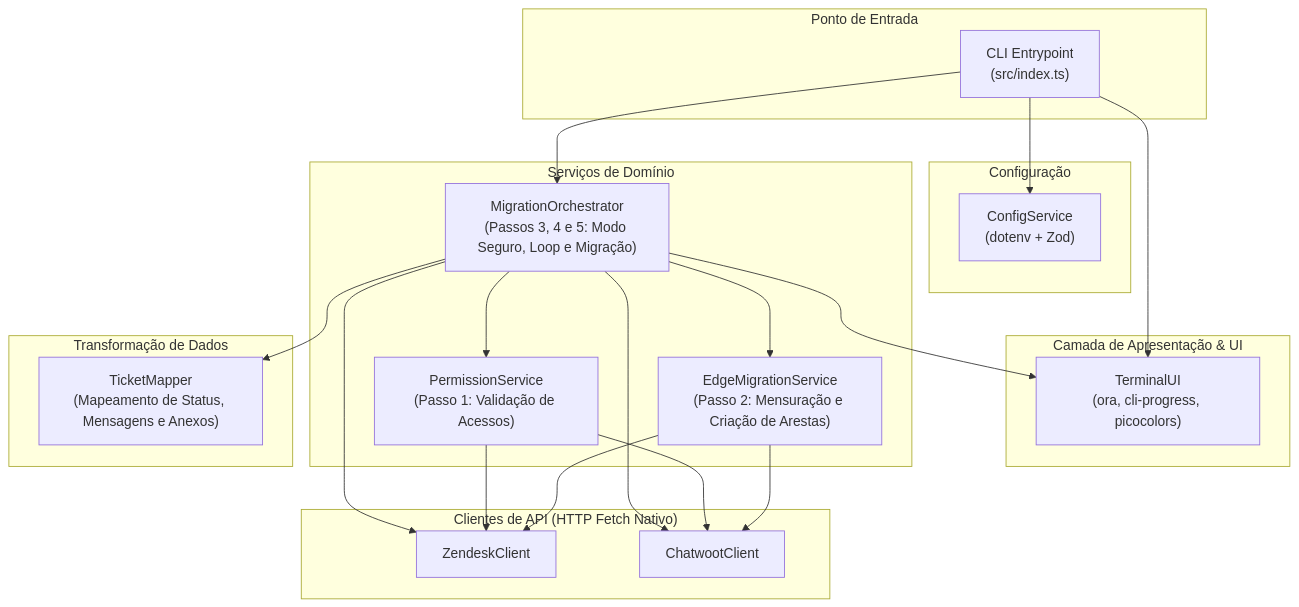
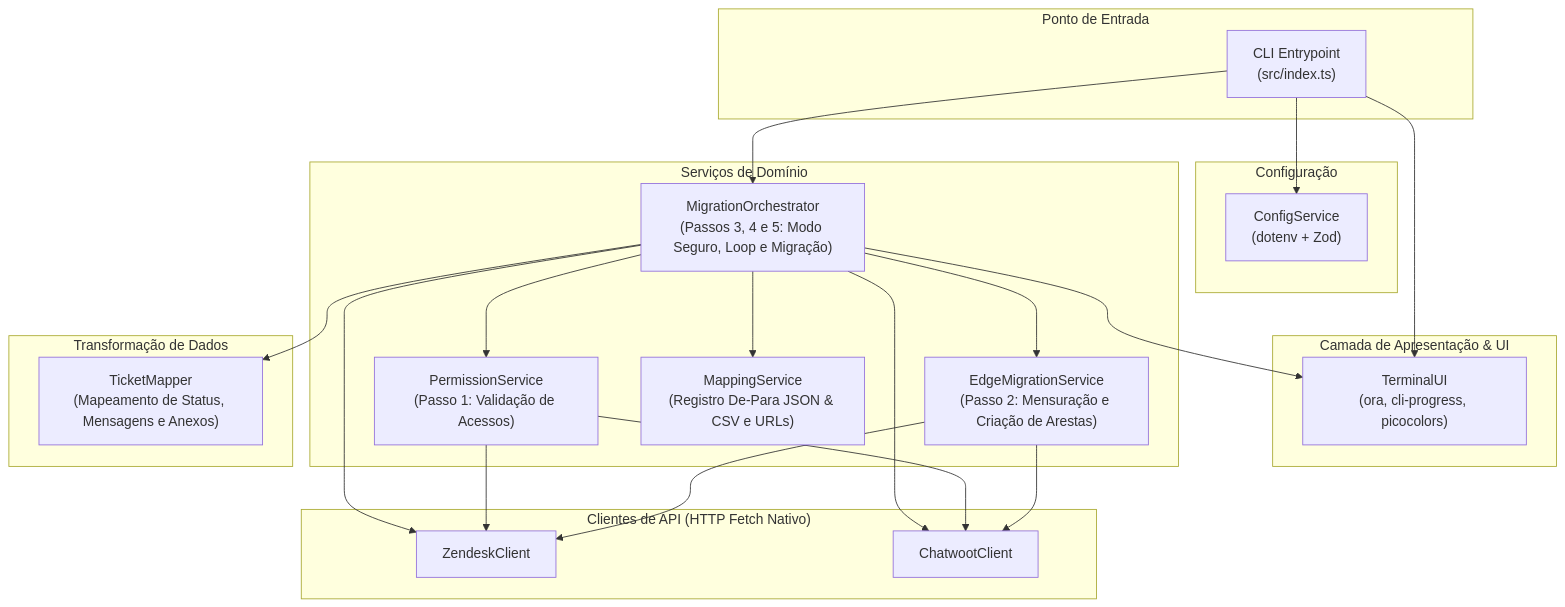
Before and after one commit to leandroluk/migrate-from-zendesk-to-chatwoot: the diagram in .specs/features/ticket-migration/design.md, drawn with Mermaid. The commit also changed other lines of this file and 21 other files, not shown here.

````diff
--- a/.specs/features/ticket-migration/design.md
+++ b/.specs/features/ticket-migration/design.md
@@ -7,46 +7,48 @@
 ```mermaid
 flowchart TD
     subgraph UI ["Camada de Apresentação & UI"]
         TerminalUI["TerminalUI\n(ora, cli-progress, picocolors)"]
     end
 
     subgraph Entry ["Ponto de Entrada"]
         CLI["CLI Entrypoint\n(src/index.ts)"]
     end
 
     subgraph Config ["Configuração"]
         ConfigService["ConfigService\n(dotenv + Zod)"]
     end
 
     subgraph Clients ["Clientes de API (HTTP Fetch Nativo)"]
         ZDClient["ZendeskClient"]
         CWClient["ChatwootClient"]
     end
 
     subgraph Services ["Serviços de Domínio"]
         PermService["PermissionService\n(Passo 1: Validação de Acessos)"]
         EdgeService["EdgeMigrationService\n(Passo 2: Mensuração e Criação de Arestas)"]
+        MappingService["MappingService\n(Registro De-Para JSON & CSV e URLs)"]
         Orchestrator["MigrationOrchestrator\n(Passos 3, 4 e 5: Modo Seguro, Loop e Migração)"]
     end
 
     subgraph Mappers ["Transformação de Dados"]
         Mapper["TicketMapper\n(Mapeamento de Status, Mensagens e Anexos)"]
     end
 
     CLI --> ConfigService
     CLI --> TerminalUI
     CLI --> Orchestrator
 
     Orchestrator --> PermService
     Orchestrator --> EdgeService
+    Orchestrator --> MappingService
     Orchestrator --> ZDClient
     Orchestrator --> CWClient
     Orchestrator --> Mapper
     Orchestrator --> TerminalUI
 
     PermService --> ZDClient
     PermService --> CWClient
 
     EdgeService --> ZDClient
     EdgeService --> CWClient
 ```
````
